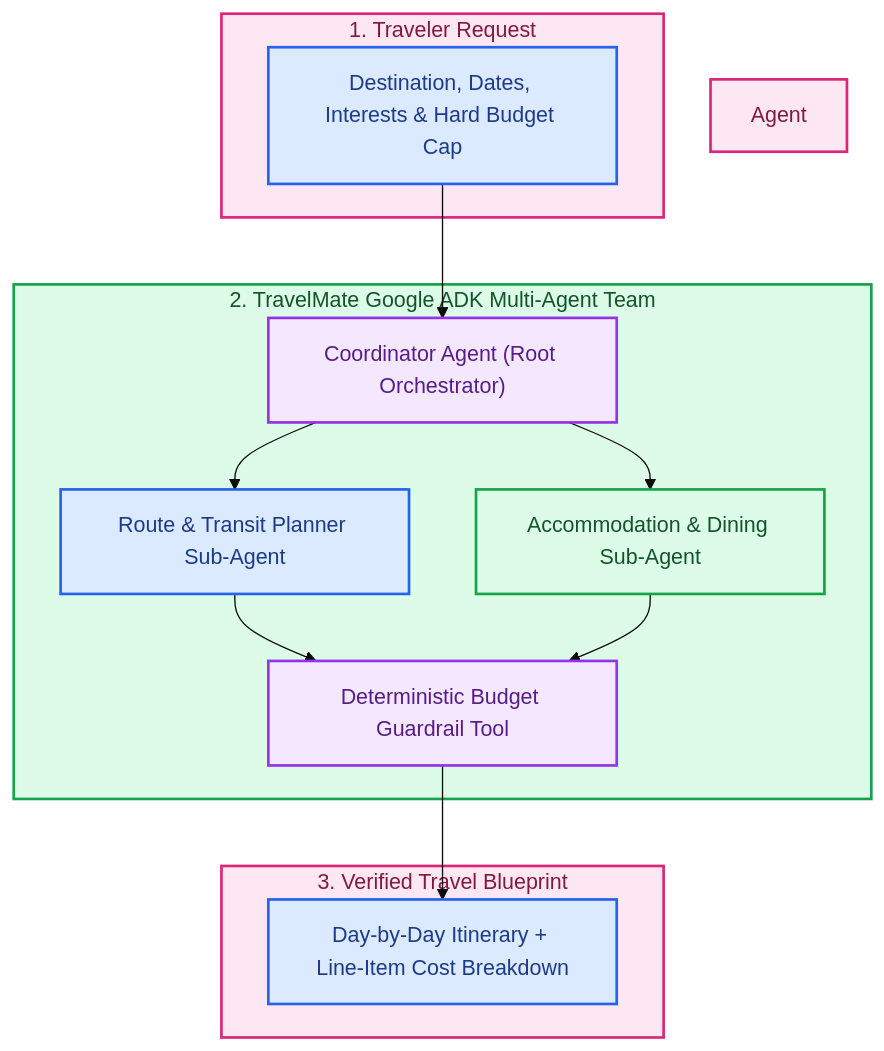
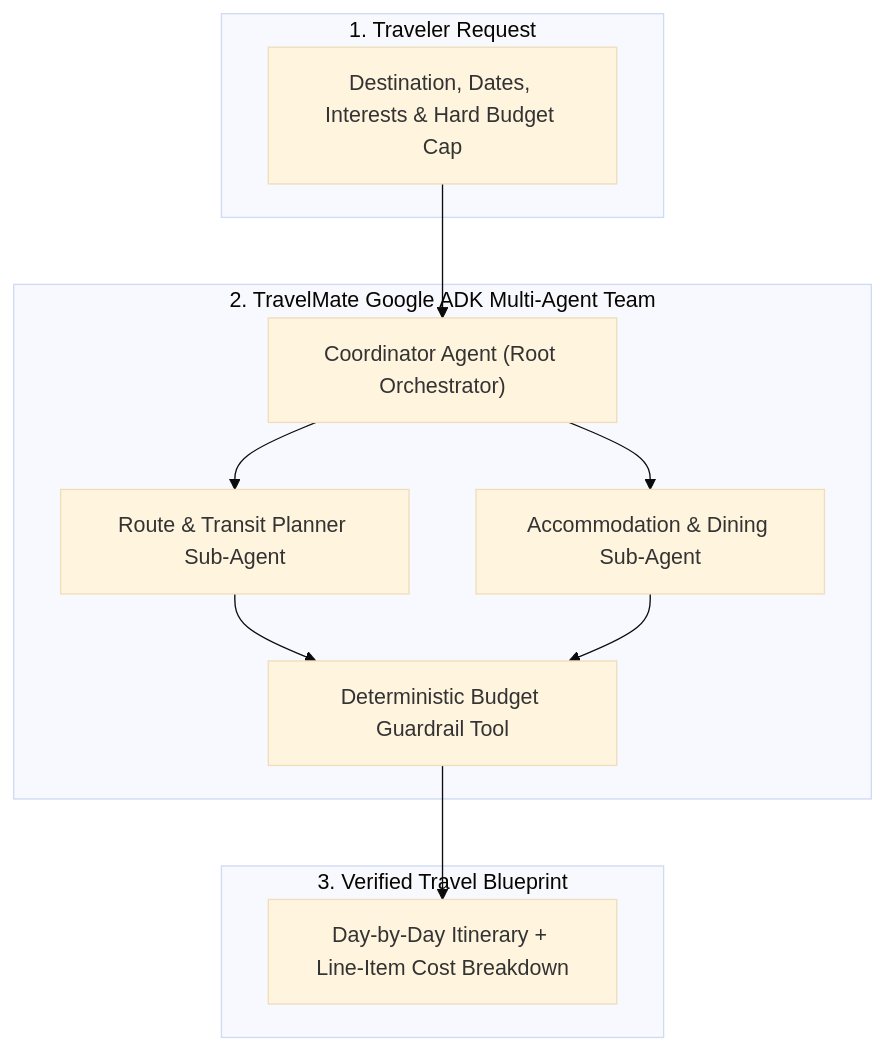
One commit to RobinaMirbahar/TravelMate-AI changed the diagram in README.md. Above: the diagram before and after it, drawn with Mermaid (base theme).

Commit message:
docs: revert Mermaid color overrides for crisp native GitHub rendering and consolidate header

````diff
--- a/README.md
+++ b/README.md
@@ -28,28 +28,18 @@
 ```mermaid
 flowchart TD
     subgraph User ["1. Traveler Request"]
         U_Req["Destination, Dates, Interests & Hard Budget Cap"]
     end
     subgraph ADK ["2. TravelMate Google ADK Multi-Agent Team"]
         A_Root["Coordinator Agent (Root Orchestrator)"]
         A_Route["Route & Transit Planner Sub-Agent"]
         A_Stay["Accommodation & Dining Sub-Agent"]
         A_Budget["Deterministic Budget Guardrail Tool"]
     end
     subgraph Out ["3. Verified Travel Blueprint"]
         O_Plan["Day-by-Day Itinerary + Line-Item Cost Breakdown"]
     end
     U_Req --> A_Root
     A_Root --> A_Route & A_Stay
     A_Route & A_Stay --> A_Budget --> O_Plan
-    style User fill:#fce7f3,stroke:#db2777,stroke-width:2px,color:#831843
-    style U_Req fill:#dbeafe,stroke:#2563eb,stroke-width:2px,color:#1e3a8a
-    style ADK fill:#dcfce7,stroke:#16a34a,stroke-width:2px,color:#14532d
-    style A_Root fill:#f3e8ff,stroke:#9333ea,stroke-width:2px,color:#581c87
-    style Agent fill:#fce7f3,stroke:#db2777,stroke-width:2px,color:#831843
-    style A_Route fill:#dbeafe,stroke:#2563eb,stroke-width:2px,color:#1e3a8a
-    style A_Stay fill:#dcfce7,stroke:#16a34a,stroke-width:2px,color:#14532d
-    style A_Budget fill:#f3e8ff,stroke:#9333ea,stroke-width:2px,color:#581c87
-    style Out fill:#fce7f3,stroke:#db2777,stroke-width:2px,color:#831843
-    style O_Plan fill:#dbeafe,stroke:#2563eb,stroke-width:2px,color:#1e3a8a
 ```
````
